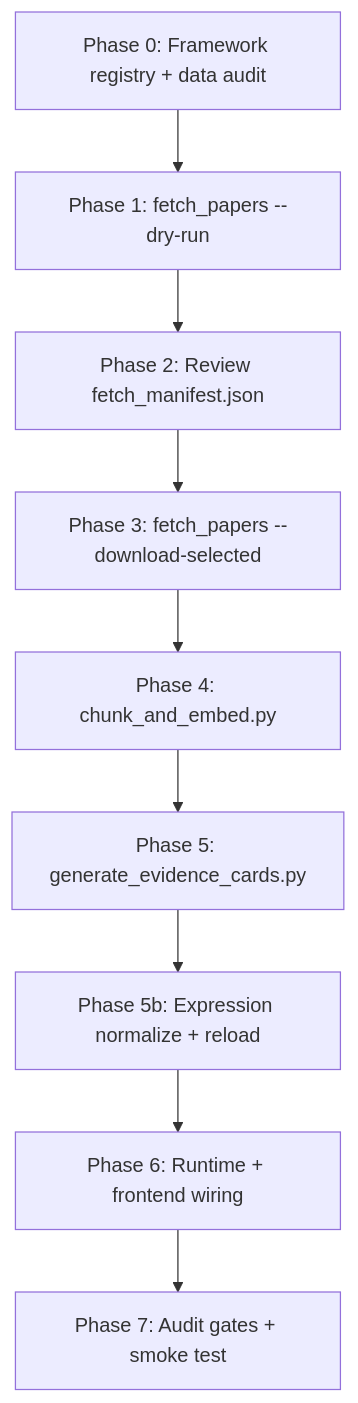
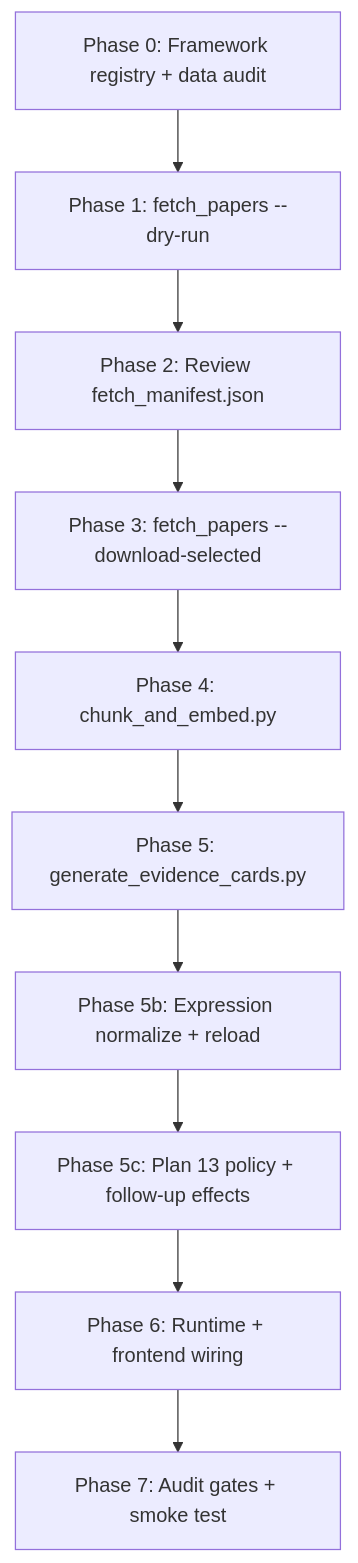
Before and after one commit to aaditeshwar/landscape-problem-diagnosis: the diagram in cursor-plans/05-induct-new-pathway.md, drawn with Mermaid. The commit also changed other lines of this file and 10 other files, not shown here.

````diff
--- a/cursor-plans/05-induct-new-pathway.md
+++ b/cursor-plans/05-induct-new-pathway.md
@@ -60,11 +62,12 @@
 ```mermaid
 flowchart TD
   A[Phase 0: Framework registry + data audit] --> B[Phase 1: fetch_papers --dry-run]
   B --> C[Phase 2: Review fetch_manifest.json]
   C --> D[Phase 3: fetch_papers --download-selected]
   D --> E[Phase 4: chunk_and_embed.py]
   E --> F[Phase 5: generate_evidence_cards.py]
   F --> G[Phase 5b: Expression normalize + reload]
-  G --> H[Phase 6: Runtime + frontend wiring]
-  H --> I[Phase 7: Audit gates + smoke test]
+  G --> H[Phase 5c: Plan 13 policy + follow-up effects]
+  H --> I[Phase 6: Runtime + frontend wiring]
+  I --> J[Phase 7: Audit gates + smoke test]
 ```
````
